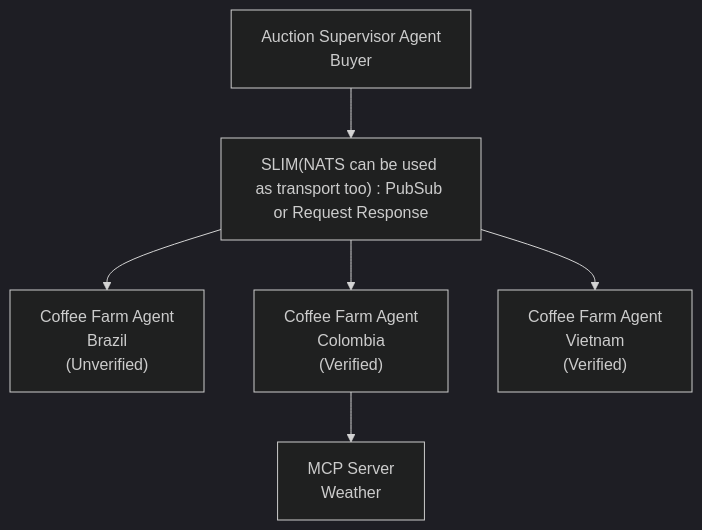
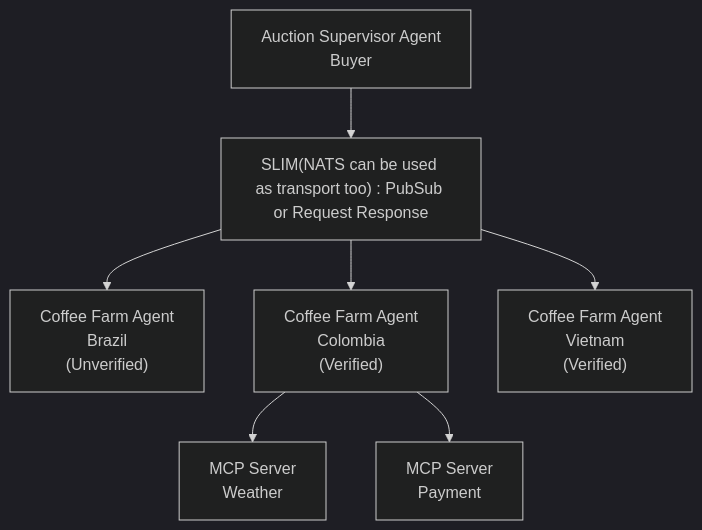
One commit to agntcy/docs changed the second of 3 diagrams in docs/coffee-agntcy/get-started.md. Above: the diagram before and after it, drawn with Mermaid (dark theme). The commit also changed other lines of this file and 1 other file, not shown here.

````diff
--- a/docs/coffee-agntcy/get-started.md
+++ b/docs/coffee-agntcy/get-started.md
@@ -55,23 +63,25 @@
 ```mermaid
 flowchart TB
     %% Top
     S["Auction Supervisor Agent<br/>Buyer"]
 
     %% Middle transport bus
     SLIM["SLIM(NATS can be used as transport too) : PubSub or Request Response"]
 
     %% Farm agents
     F1["Coffee Farm Agent<br/>Brazil<br/>(Unverified)"]
     F2["Coffee Farm Agent<br/>Colombia<br/>(Verified)"]
     F3["Coffee Farm Agent<br/>Vietnam<br/>(Verified)"]
 
-    %% MCP server
-    MCP["MCP Server<br/>Weather"]
+    %% MCP servers
+    MCP_W["MCP Server<br/>Weather"]
+    MCP_P["MCP Server<br/>Payment"]
 
     %% Edges
     S --> SLIM
     SLIM --> F1
     SLIM --> F2
     SLIM --> F3
-    F2 --> MCP
+    F2 --> MCP_W
+    F2 --> MCP_P
 ```
````
